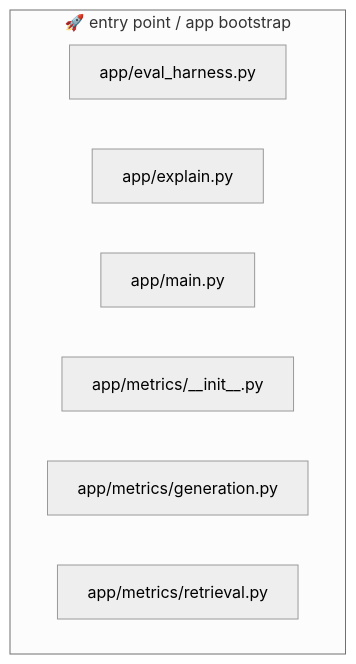
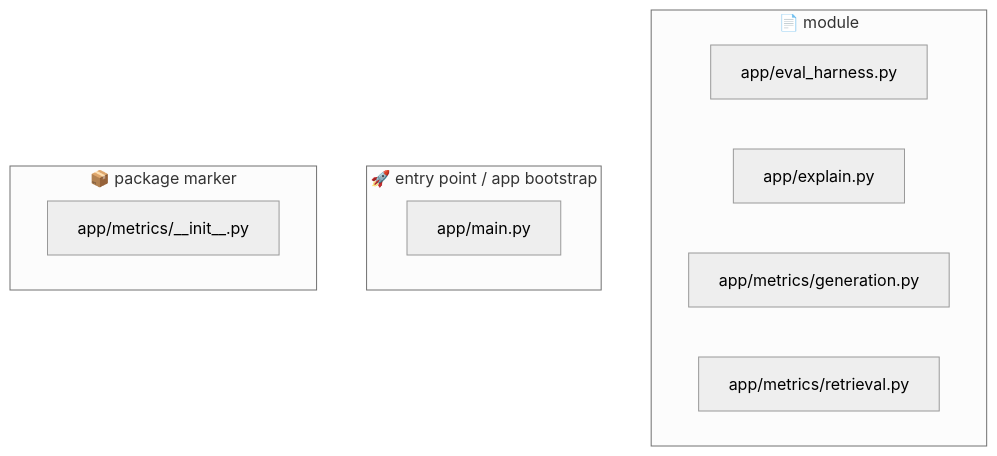
The third of 11 diagrams in services/evaluation-svc/README.md (PraveenAsthana123/circuitRAG), drawn with Mermaid (neutral theme) before and after one commit. The commit also changed other lines of this file and 23 other files, not shown here.

````diff
--- a/services/evaluation-svc/README.md
+++ b/services/evaluation-svc/README.md
@@ -131,11 +197,15 @@
 ```mermaid
 flowchart TB
-    subgraph __entry_point___app_bootstrap["🚀 entry point / app bootstrap"]
+    subgraph __module["📄 module"]
         app_eval_harness_py["app/eval_harness.py"]
         app_explain_py["app/explain.py"]
-        app_main_py["app/main.py"]
-        app_metrics___init___py["app/metrics/__init__.py"]
         app_metrics_generation_py["app/metrics/generation.py"]
         app_metrics_retrieval_py["app/metrics/retrieval.py"]
     end
+    subgraph __entry_point___app_bootstrap["🚀 entry point / app bootstrap"]
+        app_main_py["app/main.py"]
+    end
+    subgraph __package_marker["📦 package marker"]
+        app_metrics___init___py["app/metrics/__init__.py"]
+    end
 ```
````
